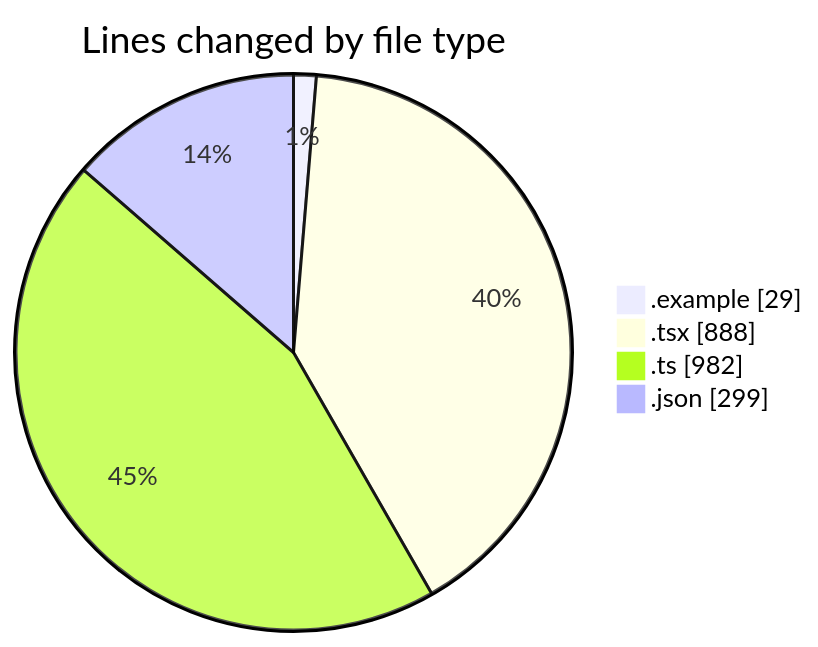
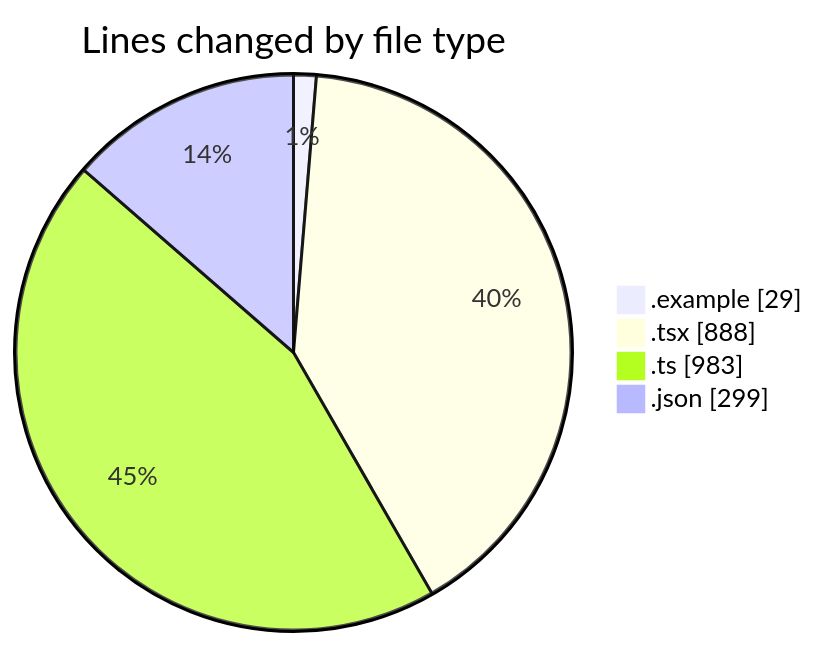
One commit to julien-gomy/code-tracking changed the first of 2 diagrams in 2025-11-16/eventscop-frontend-guide__workspace_/README.md. Above: the diagram before and after it, drawn with Mermaid. The commit also changed other lines of this file and 1 other file, not shown here.

````diff
--- a/2025-11-16/eventscop-frontend-guide__workspace_/README.md
+++ b/2025-11-16/eventscop-frontend-guide__workspace_/README.md
@@ -34,8 +34,8 @@
 ```mermaid
 pie showData
 title Lines changed by file type
 ".example" : 29
 ".tsx" : 888
-".ts" : 982
+".ts" : 983
 ".json" : 299
 ```
````
